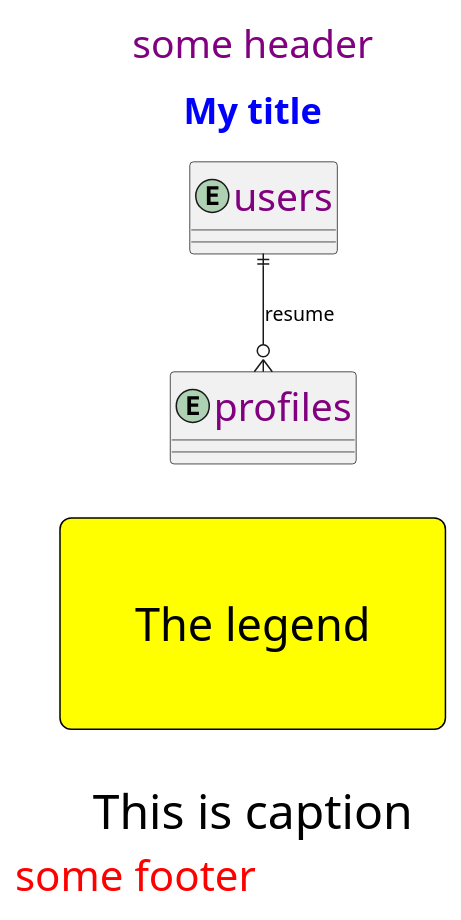
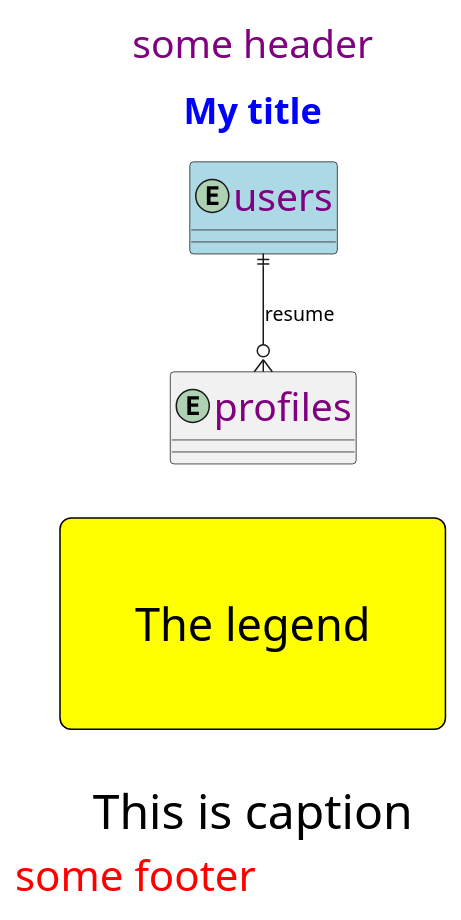
One commit to masakinihirota/qiita_sync.article changed diagram 14 of 17 in 2022-09-17_plantuml_sqlant_da14aceff7f003ed0ef5.md. Above: the diagram before and after it, drawn with PlantUML. The commit also changed other lines of this file and 1 other file, not shown here.

Commit message:
📝 ドキュメントの微修正 update 2022-09-17_plantuml_sqlant_da14aceff7f003ed0ef5.md

````diff
--- a/2022-09-17_plantuml_sqlant_da14aceff7f003ed0ef5.md
+++ b/2022-09-17_plantuml_sqlant_da14aceff7f003ed0ef5.md
@@ -1212,45 +1325,45 @@
 ```plantuml
 @startuml example07
 
 <style>
 title {
 HorizontalAlignment right
 FontSize 24
 FontColor blue
 }
 header {
 HorizontalAlignment center
 FontSize 26
 FontColor purple
 }
 footer {
 HorizontalAlignment left
 FontSize 28
 FontColor red
 }
 legend {
 FontSize 30
 BackGroundColor yellow
 Margin 30
 Padding 50
 }
 caption {
 FontSize 32
 }
 </style>
 header some header
 footer some footer
 title My title
 caption This is caption
 legend
 The legend
 end legend
 
-entity users
+entity users #back:lightblue
 entity profiles
 
 users ||--o{ profiles : resume
 
 @enduml
 
 ```
````
